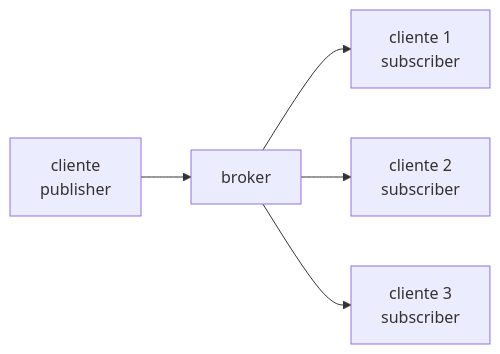
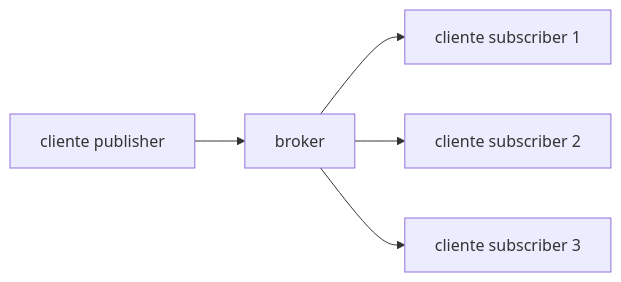
The second of 2 diagrams in README.md (profAndreSouza/StackMing), drawn with Mermaid before and after one commit. The commit also changed other lines of this file, not shown here.

````diff
--- a/README.md
+++ b/README.md
@@ -105,17 +82,13 @@
 ```mermaid
 flowchart LR
-    A[cliente
-    publisher]
+    A[cliente publisher]
     B[broker]
-    C[cliente 1
-    subscriber]
-    D[cliente 2
-    subscriber]
-    E[cliente 3
-    subscriber]
+    C[cliente subscriber 1]
+    D[cliente subscriber 2]
+    E[cliente subscriber 3]
 
     A --> B
     B --> C
     B --> D
     B --> E
 ```
````
